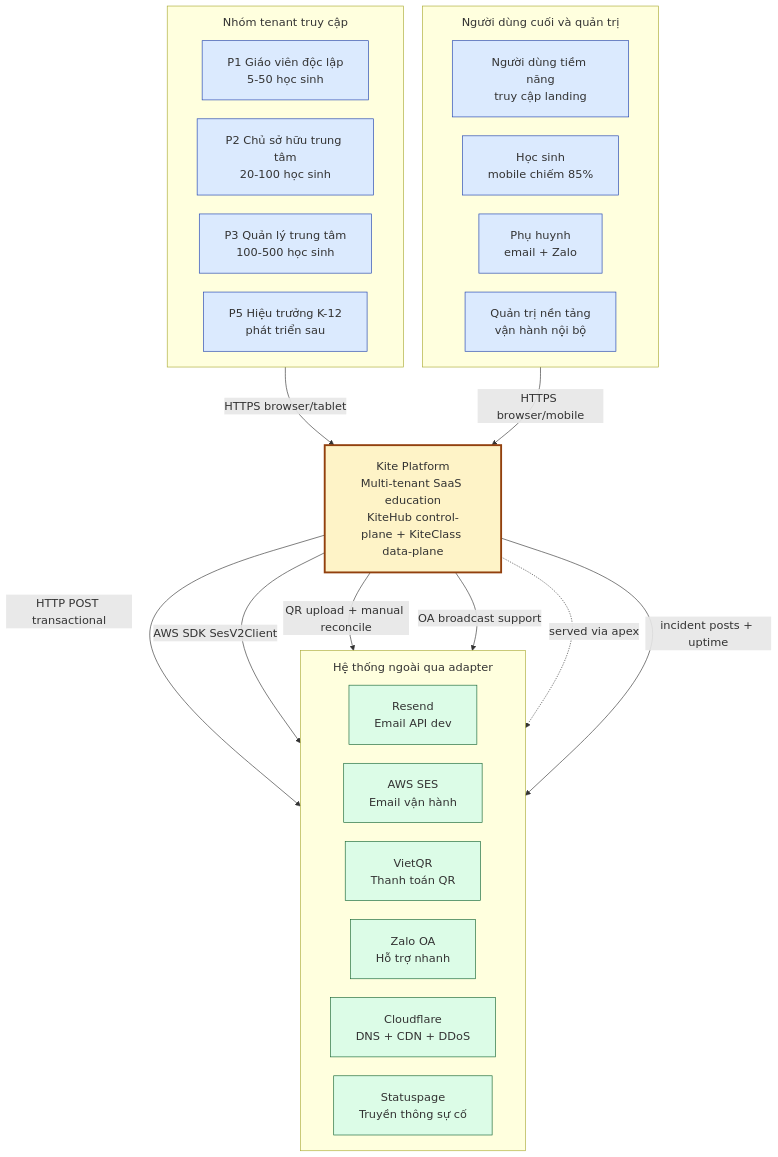
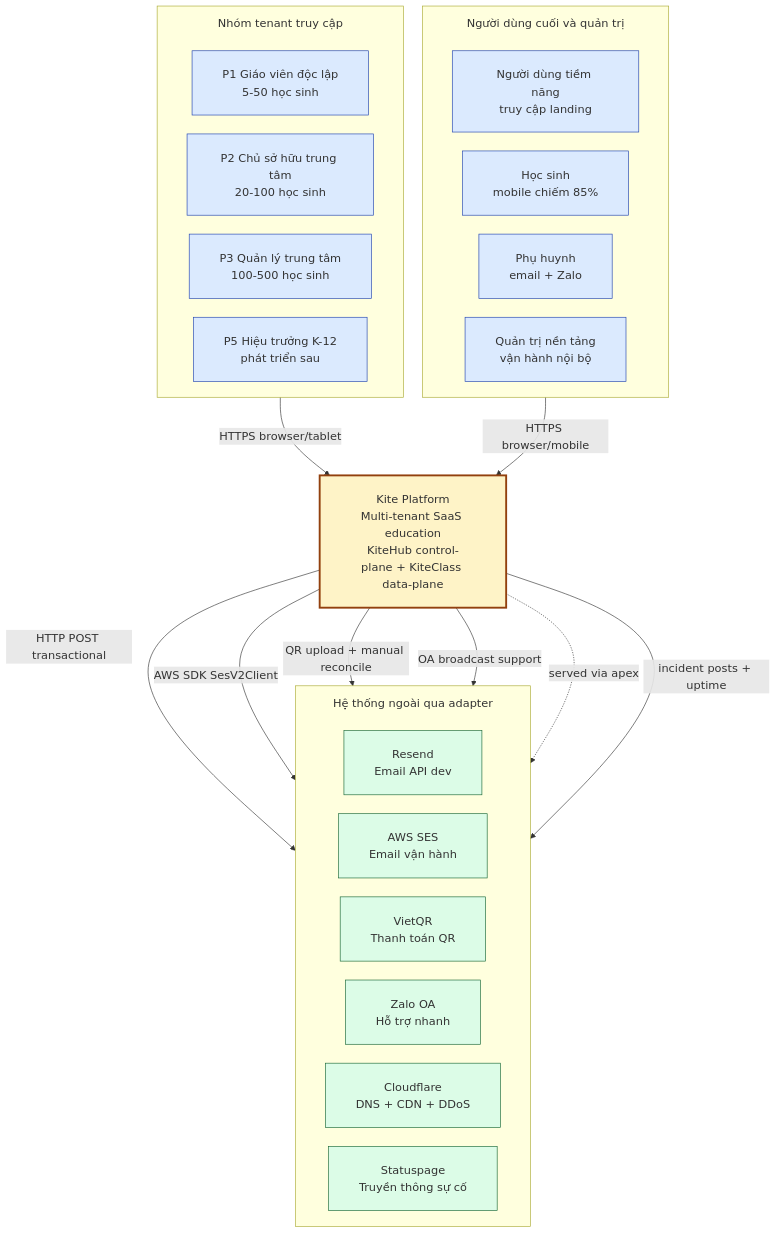
The first of 14 diagrams in documents/08-thesis/chapter-2-system-architecture.md (VictorAurelius/2026-Kite-Class-Platform), drawn with Mermaid before and after one commit. The commit also changed other lines of this file and 25 other files, not shown here.

````diff
--- a/documents/08-thesis/chapter-2-system-architecture.md
+++ b/documents/08-thesis/chapter-2-system-architecture.md
@@ -198,48 +123,48 @@
 ```mermaid
-%%{init: {"flowchart": {"htmlLabels": true, "nodeSpacing": 30, "rankSpacing": 70, "padding": 20, "subGraphTitleMargin": {"top": 12, "bottom": 18}}, "themeVariables": {"fontSize": "18px"}}}%%
+%%{init: {"flowchart": {"htmlLabels": true, "nodeSpacing": 30, "rankSpacing": 70, "padding": 24, "subGraphTitleMargin": {"top": 14, "bottom": 32}}, "themeVariables": {"fontSize": "18px"}}}%%
 flowchart TB
     subgraph tenants [Nhóm tenant truy cập]
         direction LR
         P1[P1 Giáo viên độc lập<br/>5-50 học sinh]
         P2[P2 Chủ sở hữu trung tâm<br/>20-100 học sinh]
         P3[P3 Quản lý trung tâm<br/>100-500 học sinh]
         P5[P5 Hiệu trưởng K-12<br/>phát triển sau]
     end
 
     subgraph endusers [Người dùng cuối và quản trị]
         direction LR
         Vy[Người dùng tiềm năng<br/>truy cập landing]
         Student[Học sinh<br/>mobile chiếm 85%]
         Parent[Phụ huynh<br/>email + Zalo]
         Admin[Quản trị nền tảng<br/>vận hành nội bộ]
     end
 
     Kite[Kite Platform<br/>Multi-tenant SaaS education<br/>KiteHub control-plane + KiteClass data-plane]
 
     subgraph ext [Hệ thống ngoài qua adapter]
         direction LR
         Resend[Resend<br/>Email API dev]
         SES[AWS SES<br/>Email vận hành]
         VietQR[VietQR<br/>Thanh toán QR]
         Zalo[Zalo OA<br/>Hỗ trợ nhanh]
         CF[Cloudflare<br/>DNS + CDN + DDoS]
         Status[Statuspage<br/>Truyền thông sự cố]
     end
 
     tenants -->|HTTPS browser/tablet| Kite
     endusers -->|HTTPS browser/mobile| Kite
 
     Kite -->|HTTP POST transactional| Resend
     Kite -->|AWS SDK SesV2Client| SES
     Kite -->|QR upload + manual reconcile| VietQR
     Kite -->|OA broadcast support| Zalo
     Kite -.->|served via apex| CF
     Kite -->|incident posts + uptime| Status
 
     classDef actor fill:#dbeafe,stroke:#1e40af
     classDef system fill:#fef3c7,stroke:#92400e,stroke-width:3px
     classDef external fill:#dcfce7,stroke:#166534
     class P1,P2,P3,P5,Vy,Admin,Student,Parent actor
     class Kite system
     class Resend,SES,VietQR,Zalo,CF,Status external
 ```
````
